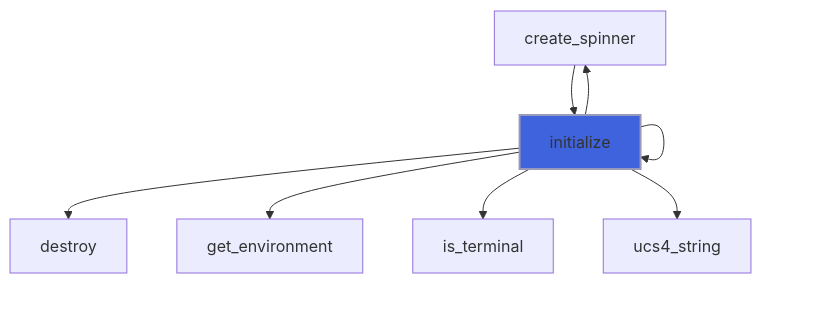
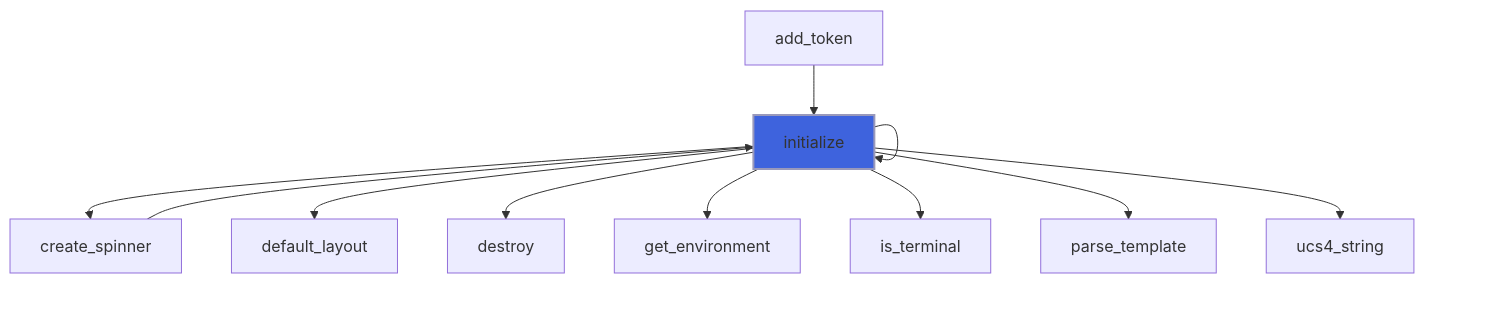
One commit to szaghi/forbear changed the third of 30 diagrams in docs/api/src/lib/forbear_bar_object.md. Above: the diagram before and after it, drawn with Mermaid. The commit also changed other lines of this file and 51 other files, not shown here.

````diff
--- a/docs/api/src/lib/forbear_bar_object.md
+++ b/docs/api/src/lib/forbear_bar_object.md
@@ -240,12 +300,15 @@
 ```mermaid
 flowchart TD
+  add_token["add_token"] --> initialize["initialize"]
   create_spinner["create_spinner"] --> initialize["initialize"]
   initialize["initialize"] --> initialize["initialize"]
   initialize["initialize"] --> create_spinner["create_spinner"]
+  initialize["initialize"] --> default_layout["default_layout"]
   initialize["initialize"] --> destroy["destroy"]
   initialize["initialize"] --> get_environment["get_environment"]
   initialize["initialize"] --> initialize["initialize"]
   initialize["initialize"] --> is_terminal["is_terminal"]
+  initialize["initialize"] --> parse_template["parse_template"]
   initialize["initialize"] --> ucs4_string["ucs4_string"]
   style initialize fill:#3e63dd,stroke:#99b,stroke-width:2px
 ```
````
